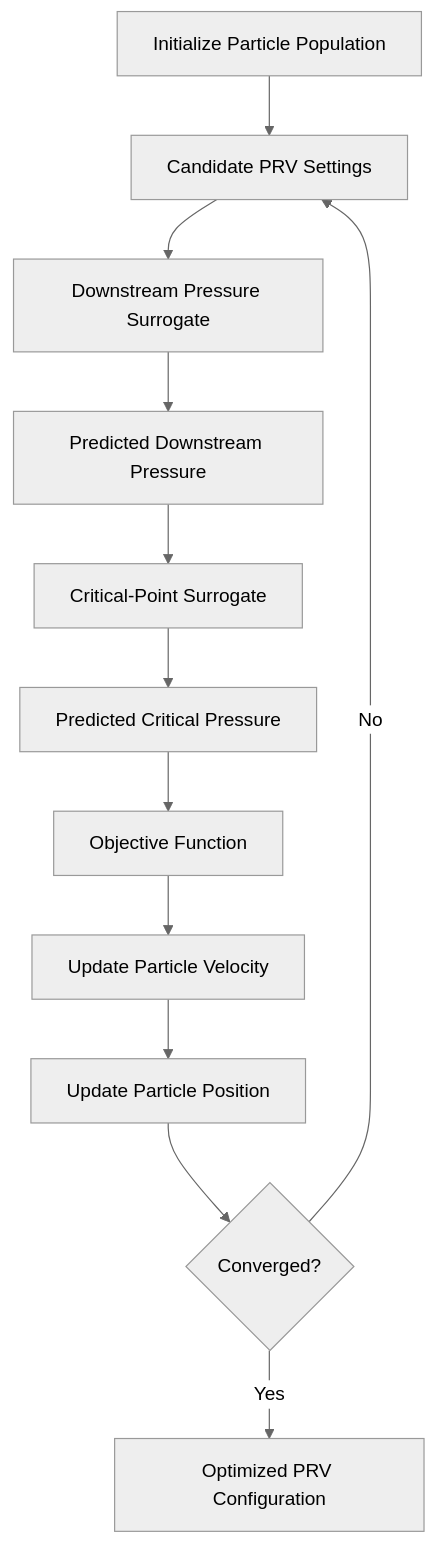
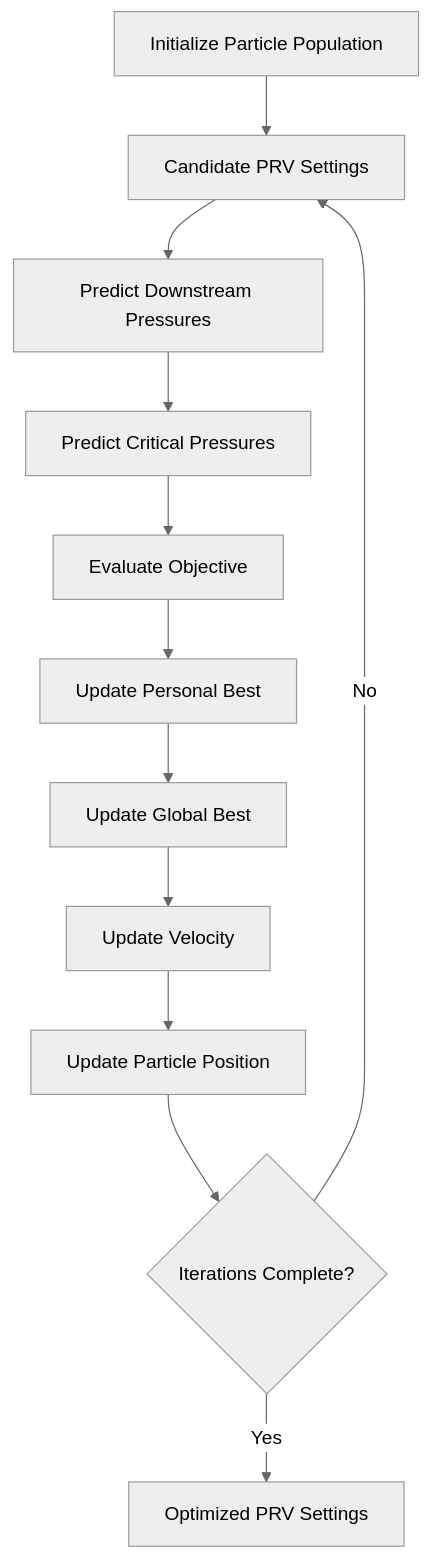
One commit to mahmmooudian/water-network-ai-analyzer changed the eighth of 9 diagrams in README.md. Above: the diagram before and after it, drawn with Mermaid (neutral theme). The commit also changed other lines of this file, not shown here.

````diff
--- a/README.md
+++ b/README.md
@@ -359,18 +354,14 @@
 ```mermaid
 flowchart TD
     A[Initialize Particle Population] --> B[Candidate PRV Settings]
-
-    B --> C[Downstream Pressure Surrogate]
-    C --> D[Predicted Downstream Pressure]
-
-    D --> E[Critical-Point Surrogate]
-    E --> F[Predicted Critical Pressure]
-
-    F --> G[Objective Function]
-    G --> H[Update Particle Velocity]
+    B --> C[Predict Downstream Pressures]
+    C --> D[Predict Critical Pressures]
+    D --> E[Evaluate Objective]
+    E --> F[Update Personal Best]
+    F --> G[Update Global Best]
+    G --> H[Update Velocity]
     H --> I[Update Particle Position]
-
-    I --> J{Converged?}
+    I --> J{Iterations Complete?}
     J -- No --> B
-    J -- Yes --> K[Optimized PRV Configuration]
+    J -- Yes --> K[Optimized PRV Settings]
 ```
````
